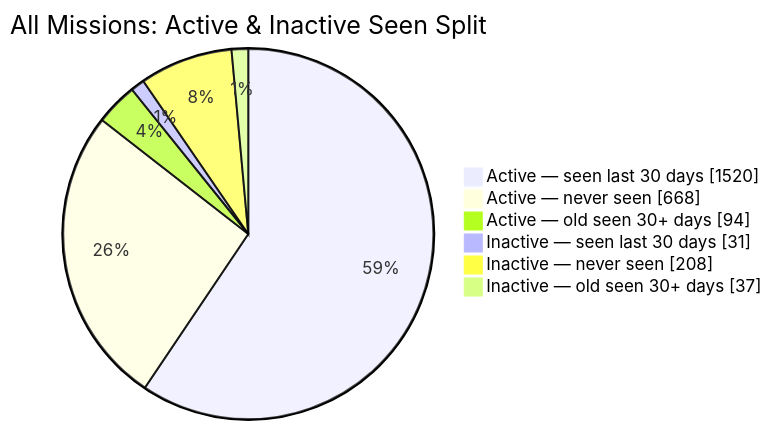
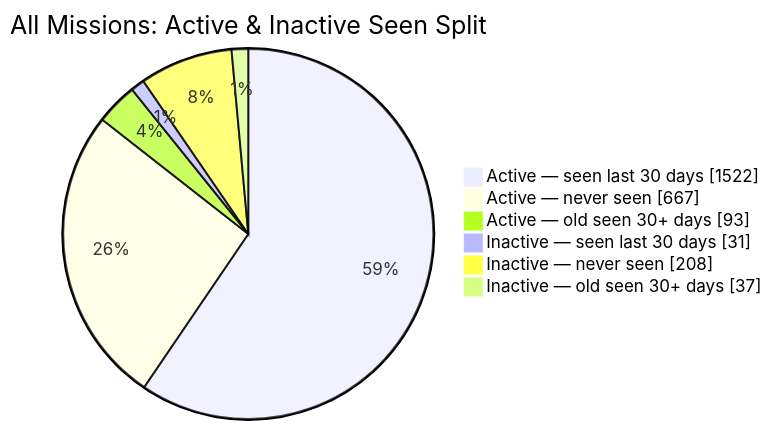
One commit to MeldkamerspelGameTeam/active-missions changed the second of 2 diagrams in README.md. Above: the diagram before and after it, drawn with Mermaid. The commit also changed other lines of this file and 3 other files, not shown here.

````diff
--- a/README.md
+++ b/README.md
@@ -44,10 +44,10 @@
 ```mermaid
 pie showData
     title All Missions: Active & Inactive Seen Split
-    "Active — seen last 30 days" : 1520
-    "Active — never seen" : 668
-    "Active — old seen 30+ days" : 94
+    "Active — seen last 30 days" : 1522
+    "Active — never seen" : 667
+    "Active — old seen 30+ days" : 93
     "Inactive — seen last 30 days" : 31
     "Inactive — never seen" : 208
     "Inactive — old seen 30+ days" : 37
 ```
````
